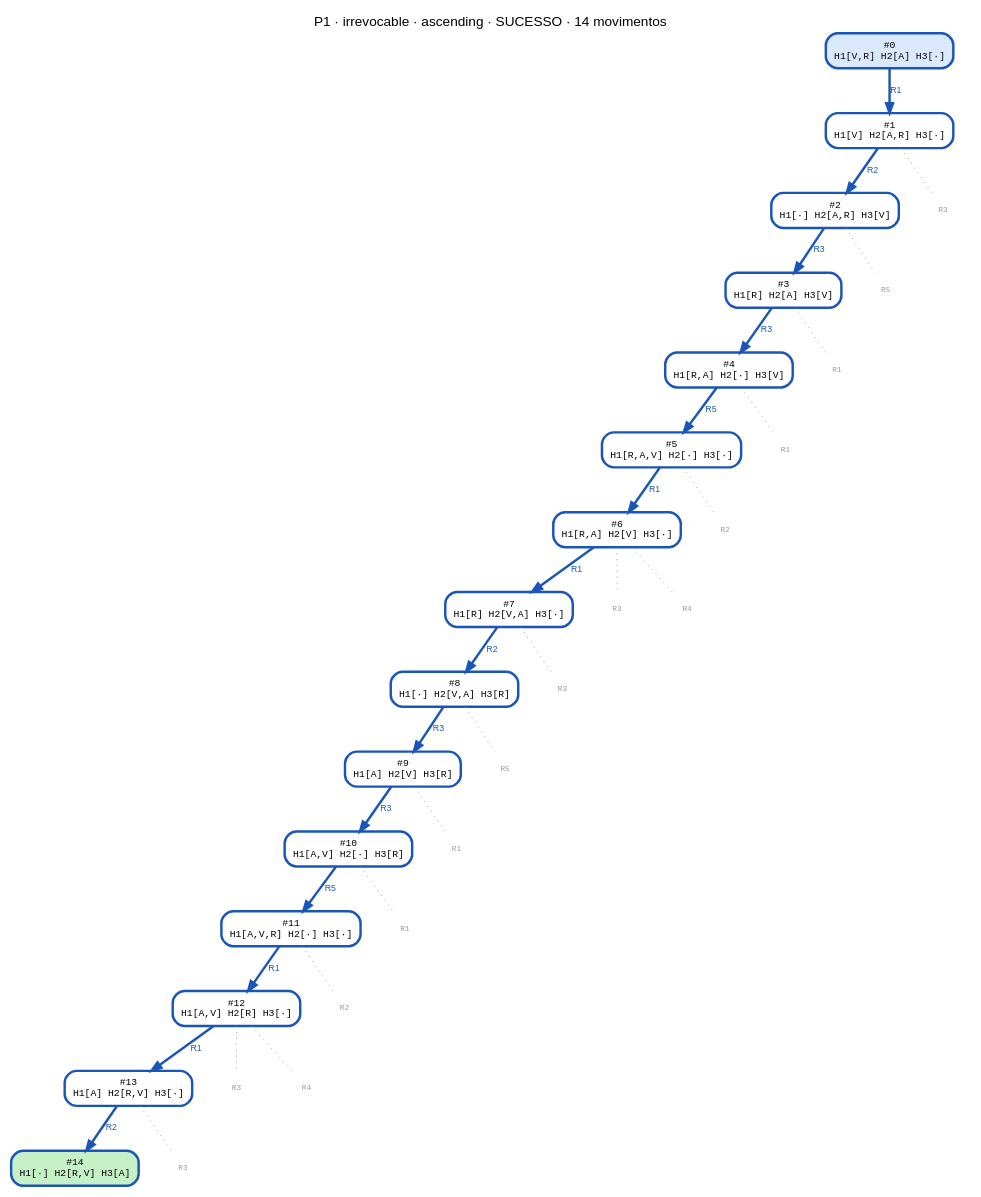
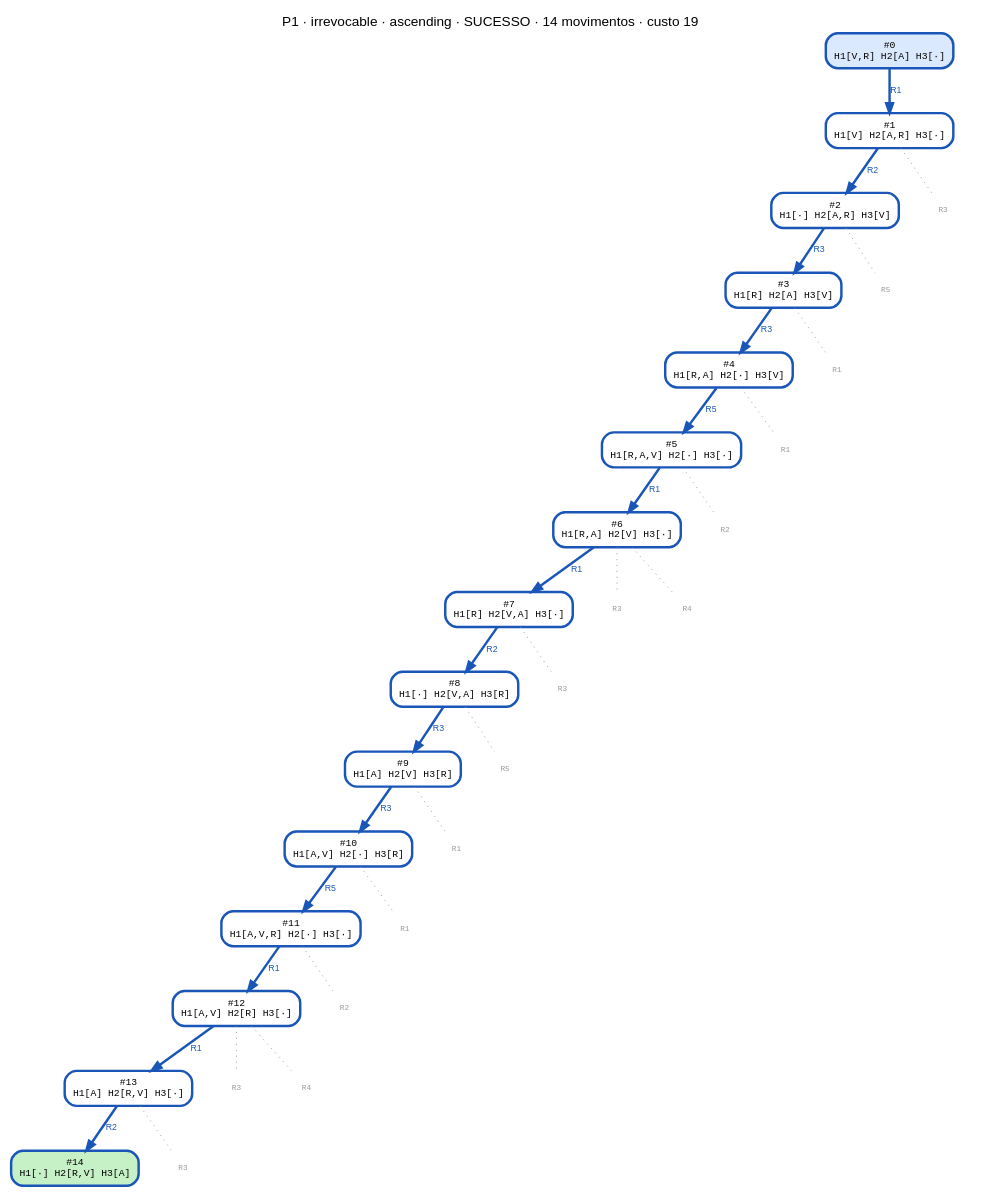
Before and after one commit to CharlesLB/dcc-014-trabalho-1: the diagram in data/P1/irrevocable_ascending.dot, drawn with Graphviz. The commit also changed 43 other files, not shown here.

```diff
--- a/data/P1/irrevocable_ascending.dot
+++ b/data/P1/irrevocable_ascending.dot
@@ -1,64 +1,64 @@
 digraph search {
-  label="P1 · irrevocable · ascending · SUCESSO · 14 movimentos"; labelloc=t; fontname="Helvetica";
+  label="P1 · irrevocable · ascending · SUCESSO · 14 movimentos · custo 19"; labelloc=t; fontname="Helvetica";
   node [shape=box, style="rounded,filled", fontname="monospace", fontsize=10];
   edge [fontname="Helvetica", fontsize=9];
   n0 [label="#0\nH1[V,R] H2[A] H3[·]", fillcolor="#dbe9ff", color="#1a56b8", penwidth=2.5];
   n1 [label="#1\nH1[V] H2[A,R] H3[·]", fillcolor="#ffffff", color="#1a56b8", penwidth=2.5];
   n0 -> n1 [label="R1", color="#1a56b8", fontcolor="#1a56b8", penwidth=2.5];
   n2 [label="#2\nH1[·] H2[A,R] H3[V]", fillcolor="#ffffff", color="#1a56b8", penwidth=2.5];
   n1 -> n2 [label="R2", color="#1a56b8", fontcolor="#1a56b8", penwidth=2.5];
   n3 [label="#3\nH1[R] H2[A] H3[V]", fillcolor="#ffffff", color="#1a56b8", penwidth=2.5];
   n2 -> n3 [label="R3", color="#1a56b8", fontcolor="#1a56b8", penwidth=2.5];
   n4 [label="#4\nH1[R,A] H2[·] H3[V]", fillcolor="#ffffff", color="#1a56b8", penwidth=2.5];
   n3 -> n4 [label="R3", color="#1a56b8", fontcolor="#1a56b8", penwidth=2.5];
   n5 [label="#5\nH1[R,A,V] H2[·] H3[·]", fillcolor="#ffffff", color="#1a56b8", penwidth=2.5];
   n4 -> n5 [label="R5", color="#1a56b8", fontcolor="#1a56b8", penwidth=2.5];
   n6 [label="#6\nH1[R,A] H2[V] H3[·]", fillcolor="#ffffff", color="#1a56b8", penwidth=2.5];
   n5 -> n6 [label="R1", color="#1a56b8", fontcolor="#1a56b8", penwidth=2.5];
   n7 [label="#7\nH1[R] H2[V,A] H3[·]", fillcolor="#ffffff", color="#1a56b8", penwidth=2.5];
   n6 -> n7 [label="R1", color="#1a56b8", fontcolor="#1a56b8", penwidth=2.5];
   n8 [label="#8\nH1[·] H2[V,A] H3[R]", fillcolor="#ffffff", color="#1a56b8", penwidth=2.5];
   n7 -> n8 [label="R2", color="#1a56b8", fontcolor="#1a56b8", penwidth=2.5];
   n9 [label="#9\nH1[A] H2[V] H3[R]", fillcolor="#ffffff", color="#1a56b8", penwidth=2.5];
   n8 -> n9 [label="R3", color="#1a56b8", fontcolor="#1a56b8", penwidth=2.5];
   n10 [label="#10\nH1[A,V] H2[·] H3[R]", fillcolor="#ffffff", color="#1a56b8", penwidth=2.5];
   n9 -> n10 [label="R3", color="#1a56b8", fontcolor="#1a56b8", penwidth=2.5];
   n11 [label="#11\nH1[A,V,R] H2[·] H3[·]", fillcolor="#ffffff", color="#1a56b8", penwidth=2.5];
   n10 -> n11 [label="R5", color="#1a56b8", fontcolor="#1a56b8", penwidth=2.5];
   n12 [label="#12\nH1[A,V] H2[R] H3[·]", fillcolor="#ffffff", color="#1a56b8", penwidth=2.5];
   n11 -> n12 [label="R1", color="#1a56b8", fontcolor="#1a56b8", penwidth=2.5];
   n13 [label="#13\nH1[A] H2[R,V] H3[·]", fillcolor="#ffffff", color="#1a56b8", penwidth=2.5];
   n12 -> n13 [label="R1", color="#1a56b8", fontcolor="#1a56b8", penwidth=2.5];
   n14 [label="#14\nH1[·] H2[R,V] H3[A]", fillcolor="#c6f0c6", color="#1a56b8", penwidth=2.5];
   n13 -> n14 [label="R2", color="#1a56b8", fontcolor="#1a56b8", penwidth=2.5];
   p1_R3 [label="R3", shape=plaintext, style=solid, fontcolor="#999999", fontsize=8];
   n1 -> p1_R3 [style=dotted, color="#999999", arrowhead=none];
   p2_R5 [label="R5", shape=plaintext, style=solid, fontcolor="#999999", fontsize=8];
   n2 -> p2_R5 [style=dotted, color="#999999", arrowhead=none];
   p3_R1 [label="R1", shape=plaintext, style=solid, fontcolor="#999999", fontsize=8];
   n3 -> p3_R1 [style=dotted, color="#999999", arrowhead=none];
   p4_R1 [label="R1", shape=plaintext, style=solid, fontcolor="#999999", fontsize=8];
   n4 -> p4_R1 [style=dotted, color="#999999", arrowhead=none];
   p5_R2 [label="R2", shape=plaintext, style=solid, fontcolor="#999999", fontsize=8];
   n5 -> p5_R2 [style=dotted, color="#999999", arrowhead=none];
   p6_R3 [label="R3", shape=plaintext, style=solid, fontcolor="#999999", fontsize=8];
   n6 -> p6_R3 [style=dotted, color="#999999", arrowhead=none];
   p6_R4 [label="R4", shape=plaintext, style=solid, fontcolor="#999999", fontsize=8];
   n6 -> p6_R4 [style=dotted, color="#999999", arrowhead=none];
   p7_R3 [label="R3", shape=plaintext, style=solid, fontcolor="#999999", fontsize=8];
   n7 -> p7_R3 [style=dotted, color="#999999", arrowhead=none];
   p8_R5 [label="R5", shape=plaintext, style=solid, fontcolor="#999999", fontsize=8];
   n8 -> p8_R5 [style=dotted, color="#999999", arrowhead=none];
   p9_R1 [label="R1", shape=plaintext, style=solid, fontcolor="#999999", fontsize=8];
   n9 -> p9_R1 [style=dotted, color="#999999", arrowhead=none];
   p10_R1 [label="R1", shape=plaintext, style=solid, fontcolor="#999999", fontsize=8];
   n10 -> p10_R1 [style=dotted, color="#999999", arrowhead=none];
   p11_R2 [label="R2", shape=plaintext, style=solid, fontcolor="#999999", fontsize=8];
   n11 -> p11_R2 [style=dotted, color="#999999", arrowhead=none];
   p12_R3 [label="R3", shape=plaintext, style=solid, fontcolor="#999999", fontsize=8];
   n12 -> p12_R3 [style=dotted, color="#999999", arrowhead=none];
   p12_R4 [label="R4", shape=plaintext, style=solid, fontcolor="#999999", fontsize=8];
   n12 -> p12_R4 [style=dotted, color="#999999", arrowhead=none];
   p13_R3 [label="R3", shape=plaintext, style=solid, fontcolor="#999999", fontsize=8];
   n13 -> p13_R3 [style=dotted, color="#999999", arrowhead=none];
 }
```
